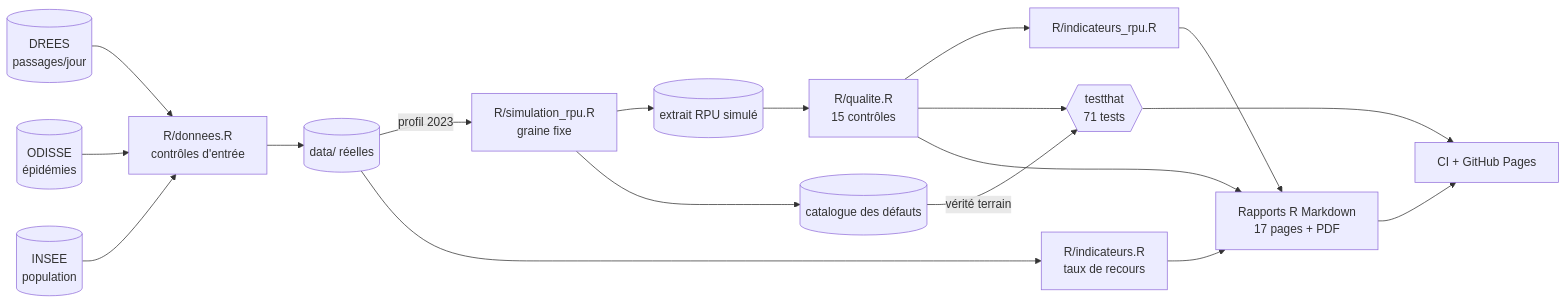
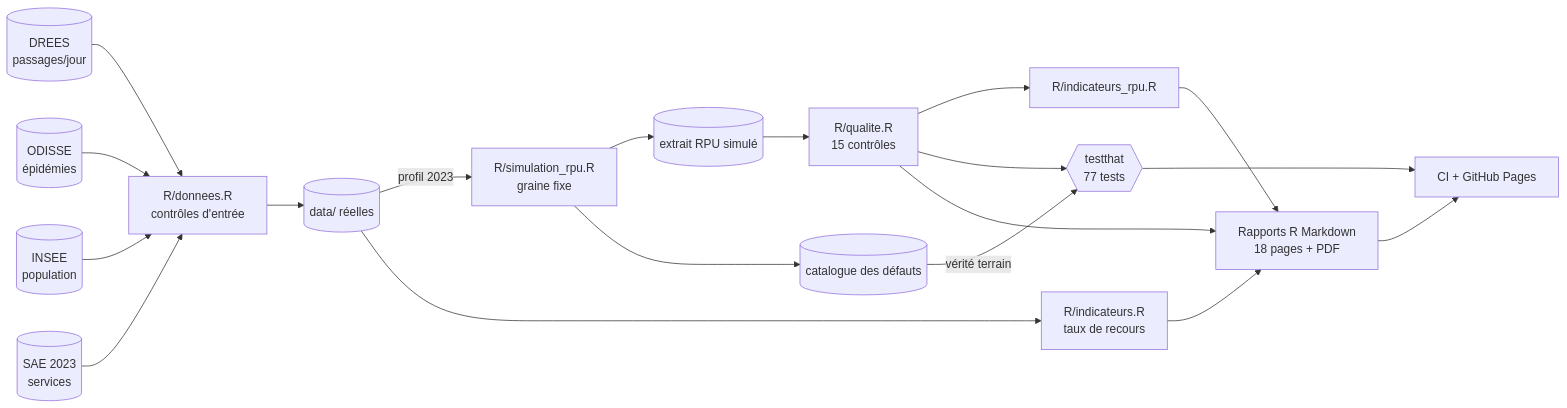
One commit to valentinratigniet-byte/projet-23-urgences-hdf-r changed the diagram in README.md. Above: the diagram before and after it, drawn with Mermaid. The commit also changed other lines of this file and 12 other files, not shown here.

````diff
--- a/README.md
+++ b/README.md
@@ -84,20 +88,21 @@
 ```mermaid
 flowchart LR
     DREES[("DREES<br/>passages/jour")] --> DON["R/donnees.R<br/>contrôles d'entrée"]
     ODISSE[("ODISSE<br/>épidémies")] --> DON
     DON --> REEL[("data/ réelles")]
     REEL -- profil 2023 --> SIM["R/simulation_rpu.R<br/>graine fixe"]
     SIM --> RPU[("extrait RPU simulé")]
     SIM --> CAT[("catalogue des défauts")]
     INSEE[("INSEE<br/>population")] --> DON
+    SAE[("SAE 2023<br/>services")] --> DON
     REEL --> IND["R/indicateurs.R<br/>taux de recours"]
     RPU --> QUA["R/qualite.R<br/>15 contrôles"]
     QUA --> IRPU["R/indicateurs_rpu.R"]
-    QUA --> TST{{"testthat<br/>71 tests"}}
+    QUA --> TST{{"testthat<br/>77 tests"}}
     CAT -- vérité terrain --> TST
-    IND --> RAP["Rapports R Markdown<br/>17 pages + PDF"]
+    IND --> RAP["Rapports R Markdown<br/>18 pages + PDF"]
     QUA --> RAP
     IRPU --> RAP
     TST --> CI["CI + GitHub Pages"]
     RAP --> CI
 ```
````
